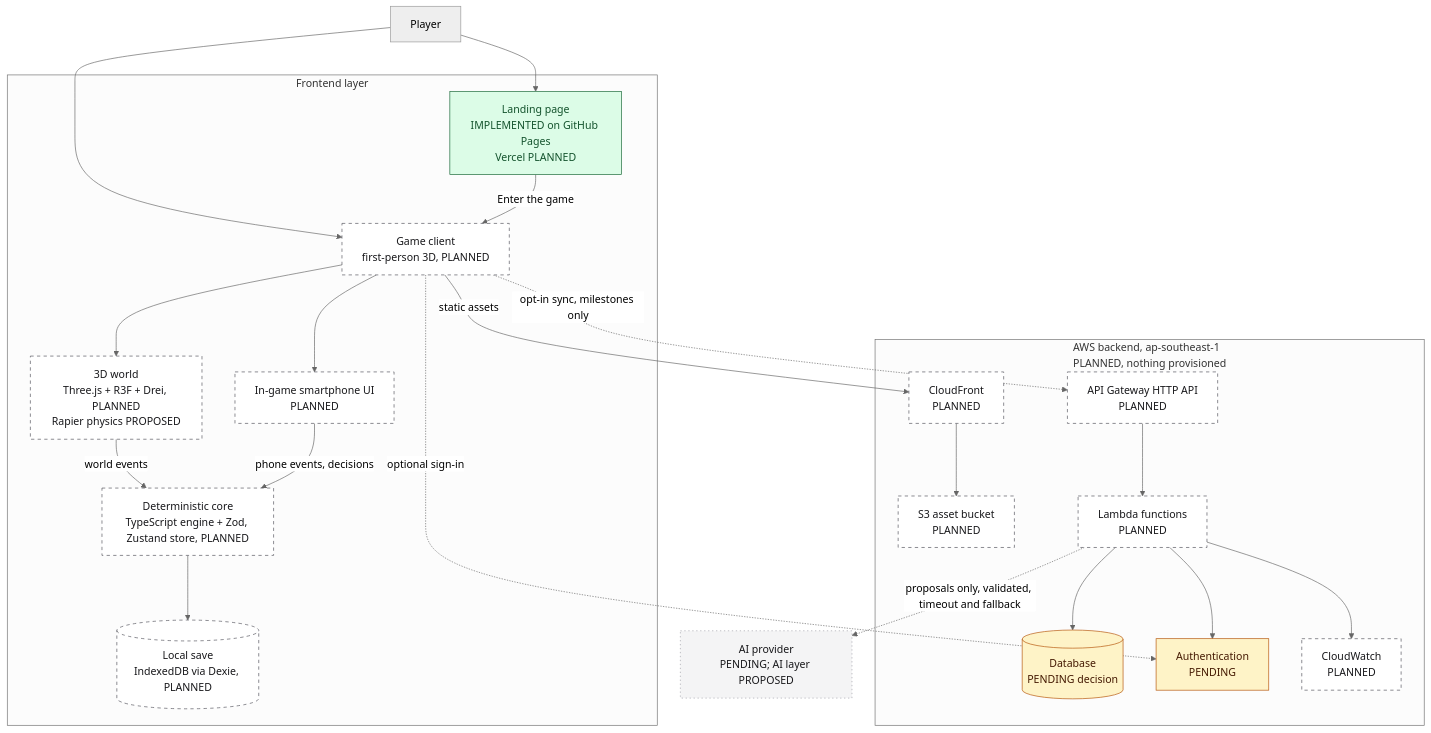
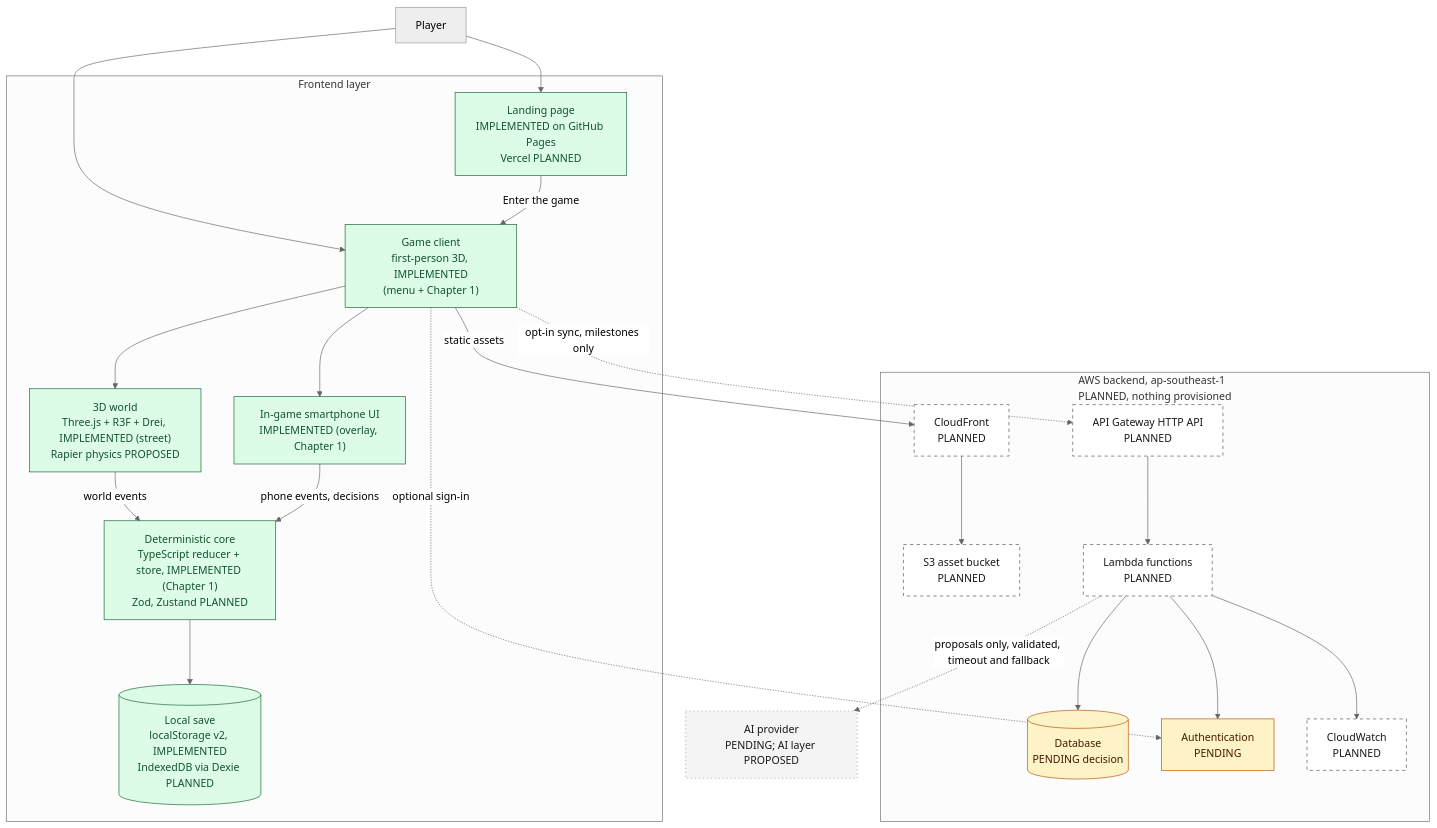
One commit to teehihi/scam-maze changed the second of 2 diagrams in docs/architecture/OVERVIEW.md. Above: the diagram before and after it, drawn with Mermaid (neutral theme). The commit also changed other lines of this file and 3 other files, not shown here.

````diff
--- a/docs/architecture/OVERVIEW.md
+++ b/docs/architecture/OVERVIEW.md
@@ -94,52 +98,52 @@
 ```mermaid
 flowchart TB
     U["Player"]
 
     subgraph FE["Frontend layer"]
         L["Landing page<br/>IMPLEMENTED on GitHub Pages<br/>Vercel PLANNED"]
-        G["Game client<br/>first-person 3D, PLANNED"]
-        W3["3D world<br/>Three.js + R3F + Drei, PLANNED<br/>Rapier physics PROPOSED"]
-        PHONE["In-game smartphone UI<br/>PLANNED"]
-        LOCAL["Deterministic core<br/>TypeScript engine + Zod, Zustand store, PLANNED"]
-        IDB[("Local save<br/>IndexedDB via Dexie, PLANNED")]
+        G["Game client<br/>first-person 3D, IMPLEMENTED<br/>(menu + Chapter 1)"]
+        W3["3D world<br/>Three.js + R3F + Drei, IMPLEMENTED (street)<br/>Rapier physics PROPOSED"]
+        PHONE["In-game smartphone UI<br/>IMPLEMENTED (overlay, Chapter 1)"]
+        LOCAL["Deterministic core<br/>TypeScript reducer + store, IMPLEMENTED (Chapter 1)<br/>Zod, Zustand PLANNED"]
+        IDB[("Local save<br/>localStorage v2, IMPLEMENTED<br/>IndexedDB via Dexie PLANNED")]
     end
 
     subgraph AWSB["AWS backend, ap-southeast-1<br/>PLANNED, nothing provisioned"]
         CDN["CloudFront<br/>PLANNED"]
         S3B["S3 asset bucket<br/>PLANNED"]
         API["API Gateway HTTP API<br/>PLANNED"]
         FN["Lambda functions<br/>PLANNED"]
         DB[("Database<br/>PENDING decision")]
         AUTH["Authentication<br/>PENDING"]
         CW["CloudWatch<br/>PLANNED"]
     end
 
     AI["AI provider<br/>PENDING; AI layer PROPOSED"]
 
     U --> L
     U --> G
     L -->|"Enter the game"| G
     G --> W3
     G --> PHONE
     W3 -->|"world events"| LOCAL
     PHONE -->|"phone events, decisions"| LOCAL
     LOCAL --> IDB
     G -->|"static assets"| CDN
     CDN --> S3B
     G -.->|"opt-in sync, milestones only"| API
     G -.->|"optional sign-in"| AUTH
     API --> FN
     FN --> DB
     FN --> AUTH
     FN --> CW
     FN -.->|"proposals only, validated, timeout and fallback"| AI
 
     classDef implemented fill:#dcfce7,stroke:#166534,color:#14532d
     classDef planned fill:#ffffff,stroke:#52525b,stroke-dasharray:5 5,color:#18181b
     classDef pending fill:#fef3c7,stroke:#b45309,color:#451a03
     classDef proposed fill:#f4f4f5,stroke:#a1a1aa,stroke-dasharray:2 4,color:#18181b
-    class L implemented
-    class G,W3,PHONE,LOCAL,IDB,CDN,S3B,API,FN,CW planned
+    class L,G,W3,PHONE,LOCAL,IDB implemented
+    class CDN,S3B,API,FN,CW planned
     class DB,AUTH pending
     class AI proposed
 ```
````
